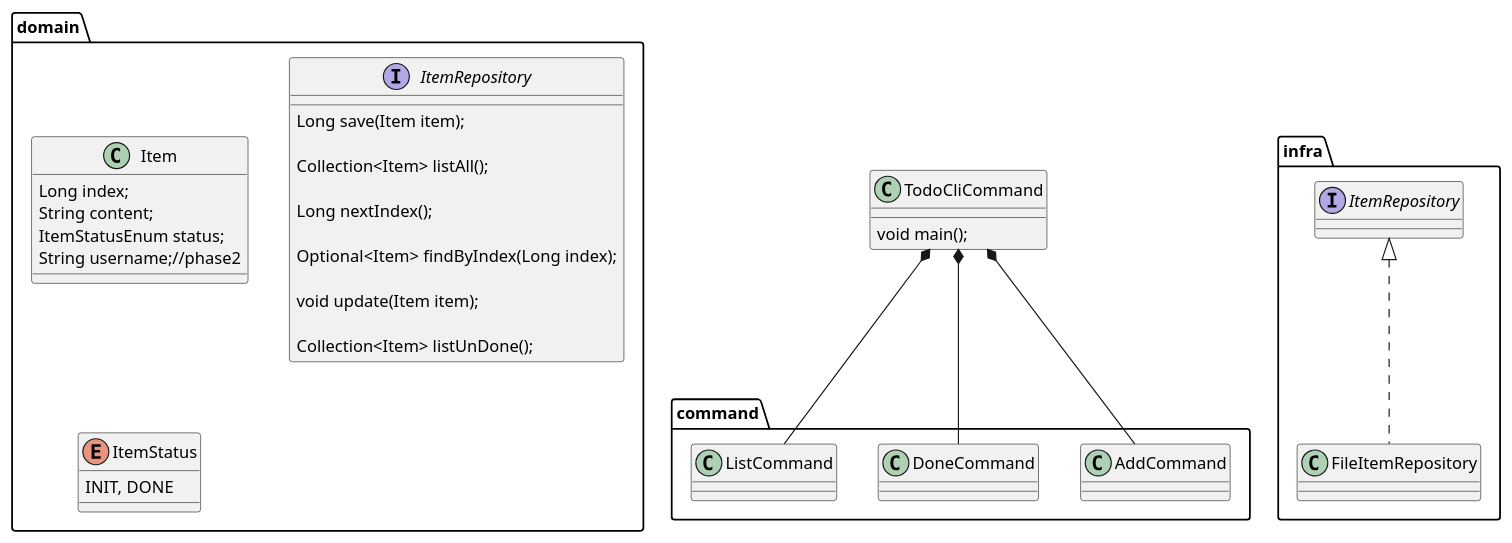
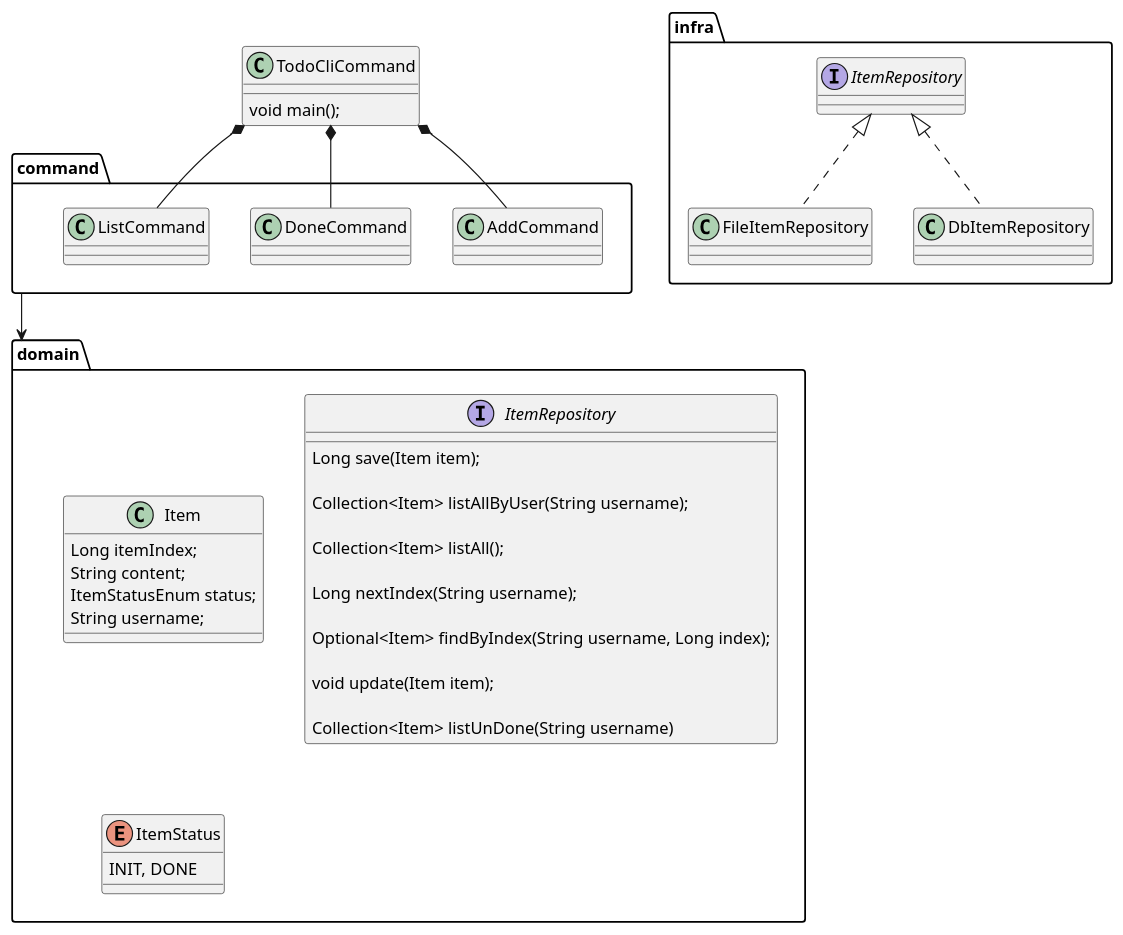
The diagram in assets/design.puml (robbietree8/todo-cli), drawn with PlantUML before and after one commit. The commit also changed 1 other file, not shown here.

```diff
--- a/assets/design.puml
+++ b/assets/design.puml
@@ -1,53 +1,59 @@
 @startuml
 package domain {
     class Item {
-        Long index;
+        Long itemIndex;
         String content;
         ItemStatusEnum status;
-        String username;//phase2
+        String username;
     }
 
     interface ItemRepository {
         Long save(Item item);
 
+        Collection<Item> listAllByUser(String username);
+
         Collection<Item> listAll();
 
-        Long nextIndex();
+        Long nextIndex(String username);
 
-        Optional<Item> findByIndex(Long index);
+        Optional<Item> findByIndex(String username, Long index);
 
         void update(Item item);
 
-        Collection<Item> listUnDone();
+        Collection<Item> listUnDone(String username)
     }
 
     enum ItemStatus {
         INIT, DONE
     }
 }
 
 package command {
     class AddCommand {
     }
 
     class DoneCommand {
     }
 
     class ListCommand {
     }
 }
 
 package infra {
     class FileItemRepository implements ItemRepository {
+    }
 
+    class DbItemRepository implements ItemRepository {
     }
 }
 
 class TodoCliCommand {
     void main();
 }
 
 TodoCliCommand *-- AddCommand
 TodoCliCommand *-- ListCommand
 TodoCliCommand *-- DoneCommand
+
+command -down-> domain
 @enduml
```
